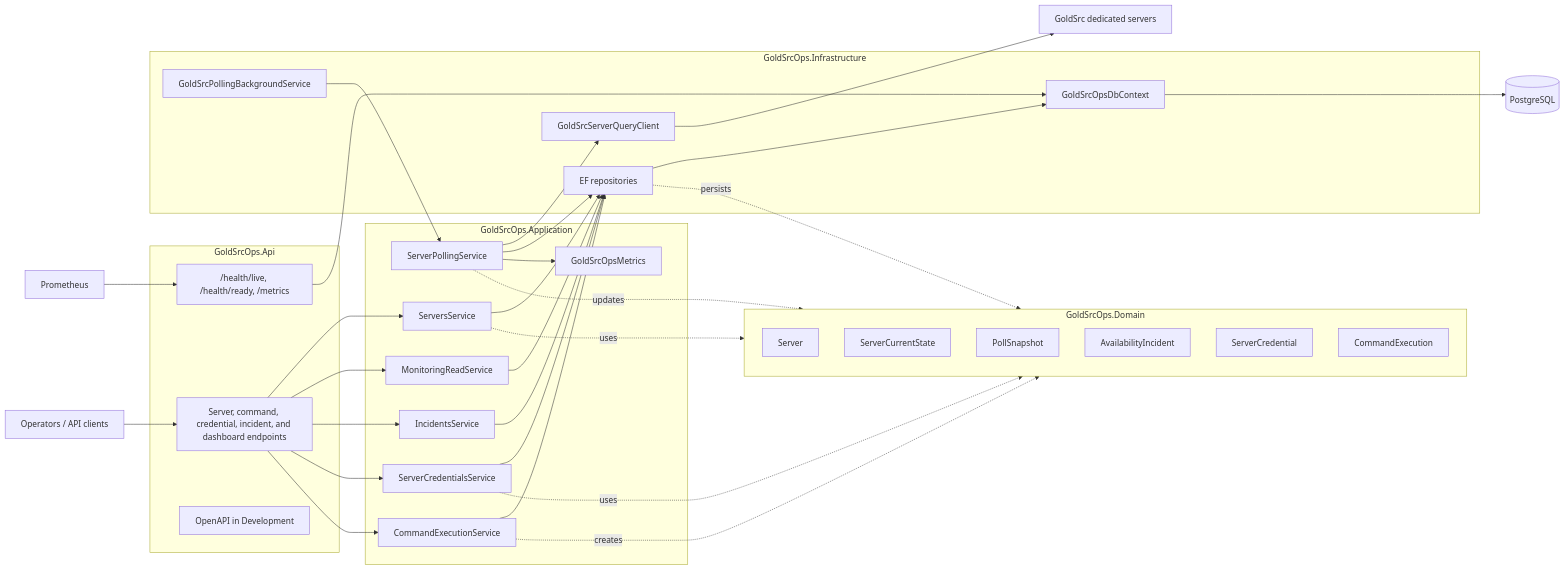
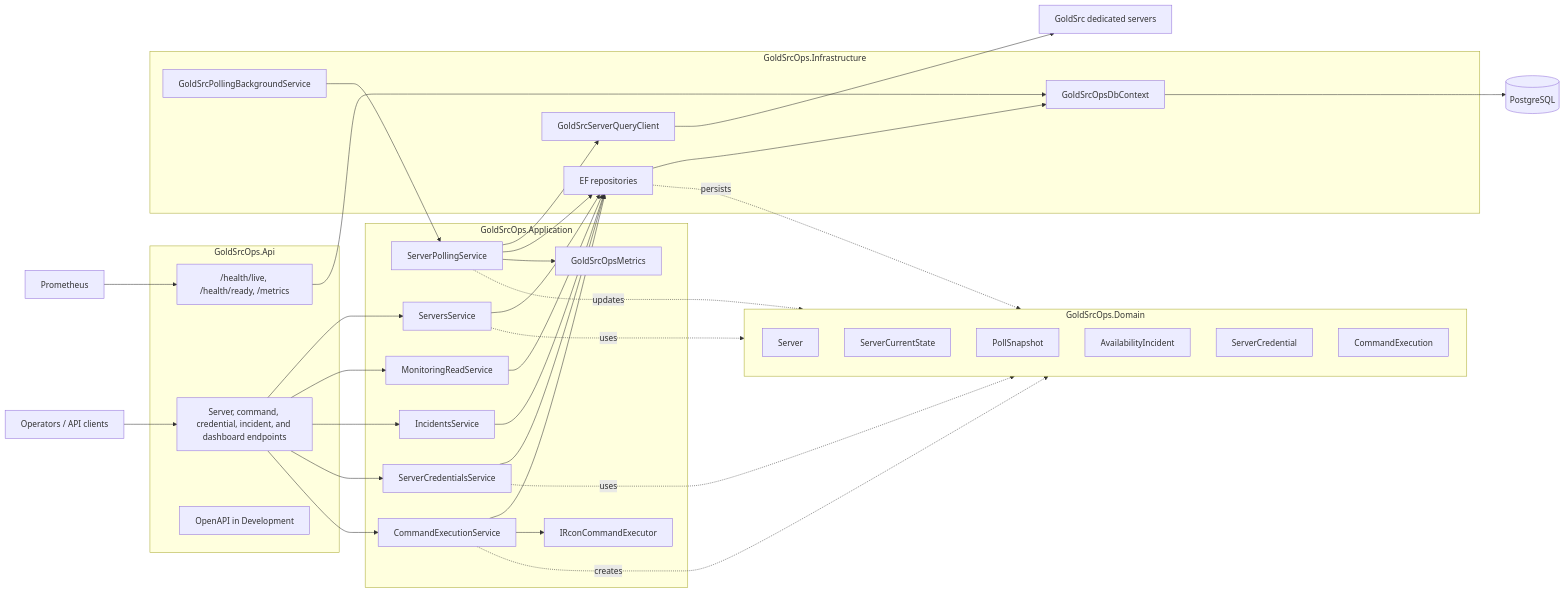
Before and after one commit to tov-vl/gold-src-ops: the first of 5 diagrams in docs/architecture.md, drawn with Mermaid. The commit also changed other lines of this file and 19 other files, not shown here.

````diff
--- a/docs/architecture.md
+++ b/docs/architecture.md
@@ -10,69 +10,71 @@
 ```mermaid
 flowchart LR
     clients["Operators / API clients"]
     prometheus["Prometheus"]
     goldsrc["GoldSrc dedicated servers"]
     postgres[("PostgreSQL")]
 
     subgraph api["GoldSrcOps.Api"]
         endpoints["Server, command, credential, incident, and dashboard endpoints"]
         probes["/health/live, /health/ready, /metrics"]
         openapi["OpenAPI in Development"]
     end
 
     subgraph application["GoldSrcOps.Application"]
         serverService["ServersService"]
         monitoringService["MonitoringReadService"]
         incidentService["IncidentsService"]
         credentialService["ServerCredentialsService"]
         commandService["CommandExecutionService"]
+        commandExecutor["IRconCommandExecutor"]
         pollingService["ServerPollingService"]
         telemetry["GoldSrcOpsMetrics"]
     end
 
     subgraph domain["GoldSrcOps.Domain"]
         server["Server"]
         currentState["ServerCurrentState"]
         snapshot["PollSnapshot"]
         incident["AvailabilityIncident"]
         credential["ServerCredential"]
         command["CommandExecution"]
     end
 
     subgraph infrastructure["GoldSrcOps.Infrastructure"]
         dbContext["GoldSrcOpsDbContext"]
         repositories["EF repositories"]
         a2sClient["GoldSrcServerQueryClient"]
         backgroundWorker["GoldSrcPollingBackgroundService"]
     end
 
     clients --> endpoints
     prometheus --> probes
     endpoints --> serverService
     endpoints --> monitoringService
     endpoints --> incidentService
     endpoints --> credentialService
     endpoints --> commandService
     probes --> dbContext
 
     backgroundWorker --> pollingService
     pollingService --> a2sClient
     pollingService --> repositories
     pollingService --> telemetry
 
     serverService --> repositories
     monitoringService --> repositories
     incidentService --> repositories
     credentialService --> repositories
     commandService --> repositories
+    commandService --> commandExecutor
 
     repositories --> dbContext
     dbContext --> postgres
     a2sClient --> goldsrc
 
     serverService -. uses .-> domain
     credentialService -. uses .-> domain
     commandService -. creates .-> domain
     pollingService -. updates .-> domain
     repositories -. persists .-> domain
 ```
````
